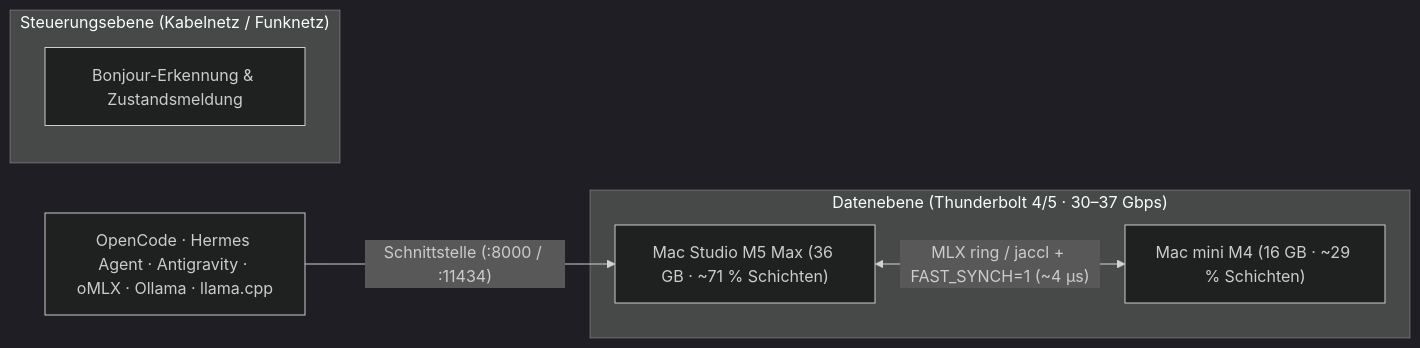
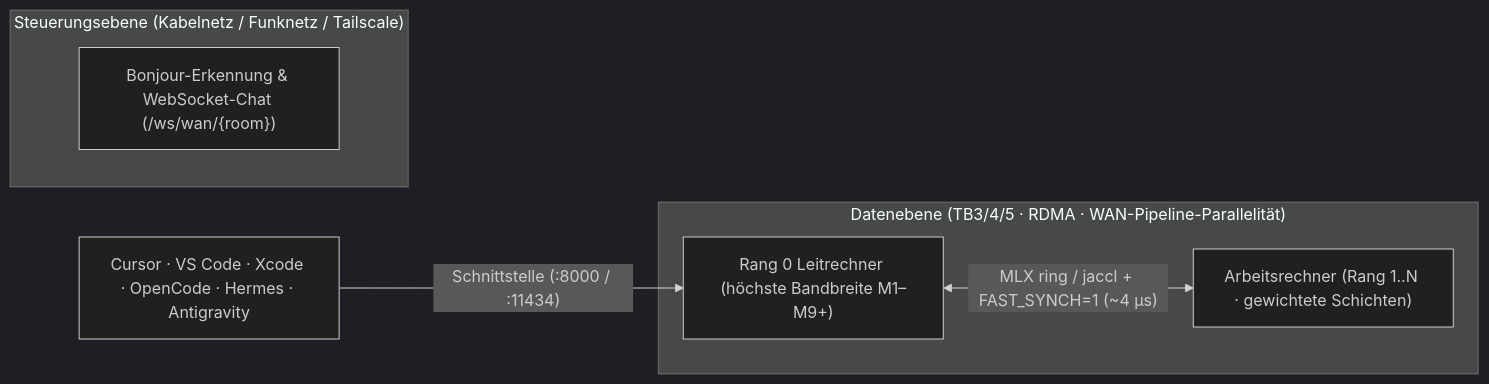
One commit to SonnerStudio/SonnerStudio-Cluster-Case-Companion changed the diagram in README.de.md. Above: the diagram before and after it, drawn with Mermaid (dark theme). The commit also changed other lines of this file and 7 other files, not shown here.

Commit message:
Update all 5 READMEs with Internet Cluster & Chat, Roofline, M1-M9+, and new promotional graphics

````diff
--- a/README.de.md
+++ b/README.de.md
@@ -38,10 +55,10 @@
 ```mermaid
 flowchart LR
-  Clients["OpenCode · Hermes Agent · Antigravity · oMLX · Ollama · llama.cpp"] -->|"Schnittstelle (:8000 / :11434)"| Studio
-  subgraph Control["Steuerungsebene (Kabelnetz / Funknetz)"]
-    Discovery["Bonjour-Erkennung & Zustandsmeldung"]
+  Clients["Cursor · VS Code · Xcode · OpenCode · Hermes · Antigravity"] -->|"Schnittstelle (:8000 / :11434)"| Rank0
+  subgraph Control["Steuerungsebene (Kabelnetz / Funknetz / Tailscale)"]
+    Discovery["Bonjour-Erkennung & WebSocket-Chat (/ws/wan/{room})"]
   end
-  subgraph Data["Datenebene (Thunderbolt 4/5 · 30–37 Gbps)"]
-    Studio["Mac Studio M5 Max (36 GB · ~71 % Schichten)"] <-->|"MLX ring / jaccl + FAST_SYNCH=1 (~4 µs)"| Mini["Mac mini M4 (16 GB · ~29 % Schichten)"]
+  subgraph Data["Datenebene (TB3/4/5 · RDMA · WAN-Pipeline-Parallelität)"]
+    Rank0["Rang 0 Leitrechner (höchste Bandbreite M1–M9+)"] <-->|"MLX ring / jaccl + FAST_SYNCH=1 (~4 µs)"| Workers["Arbeitsrechner (Rang 1..N · gewichtete Schichten)"]
   end
 ```
````
